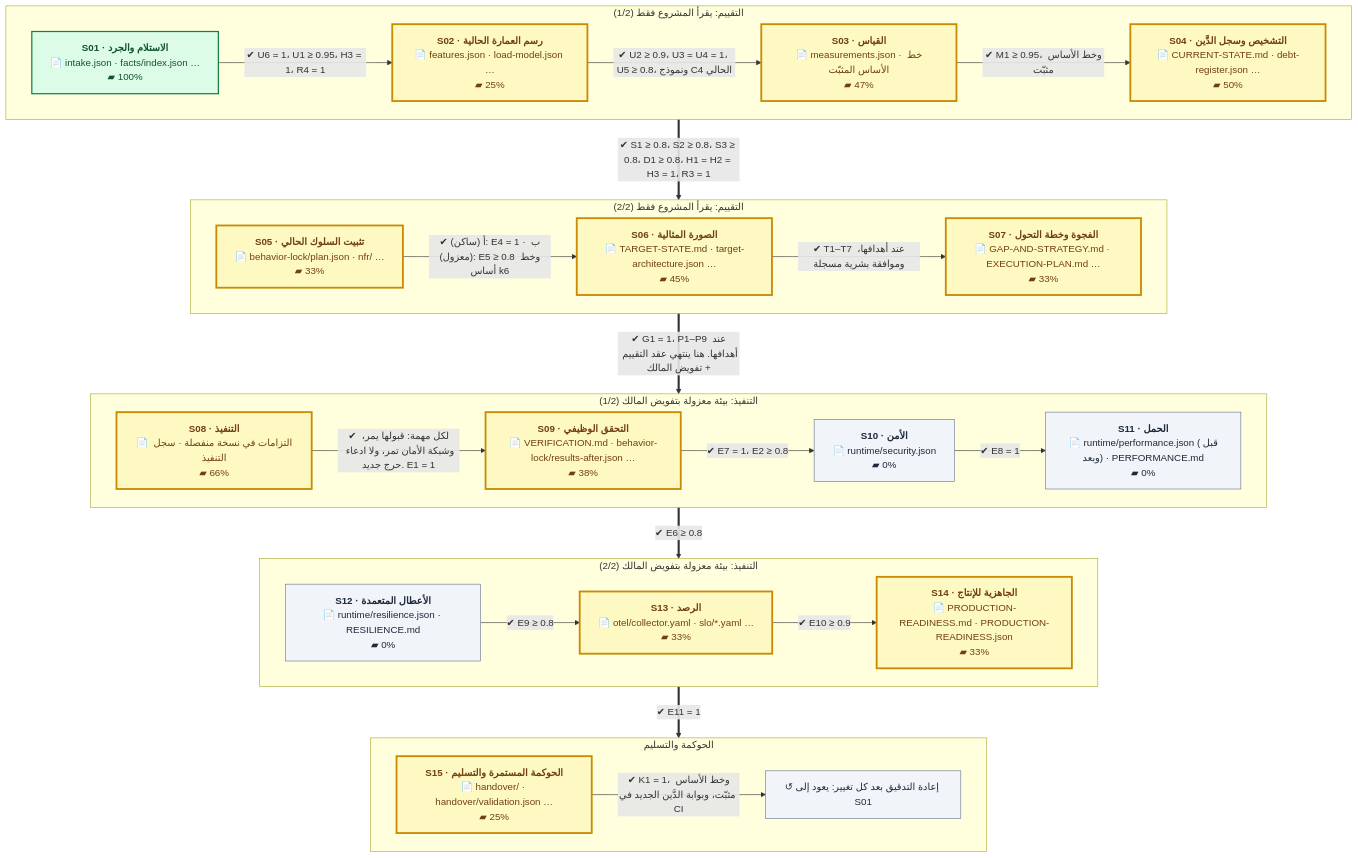
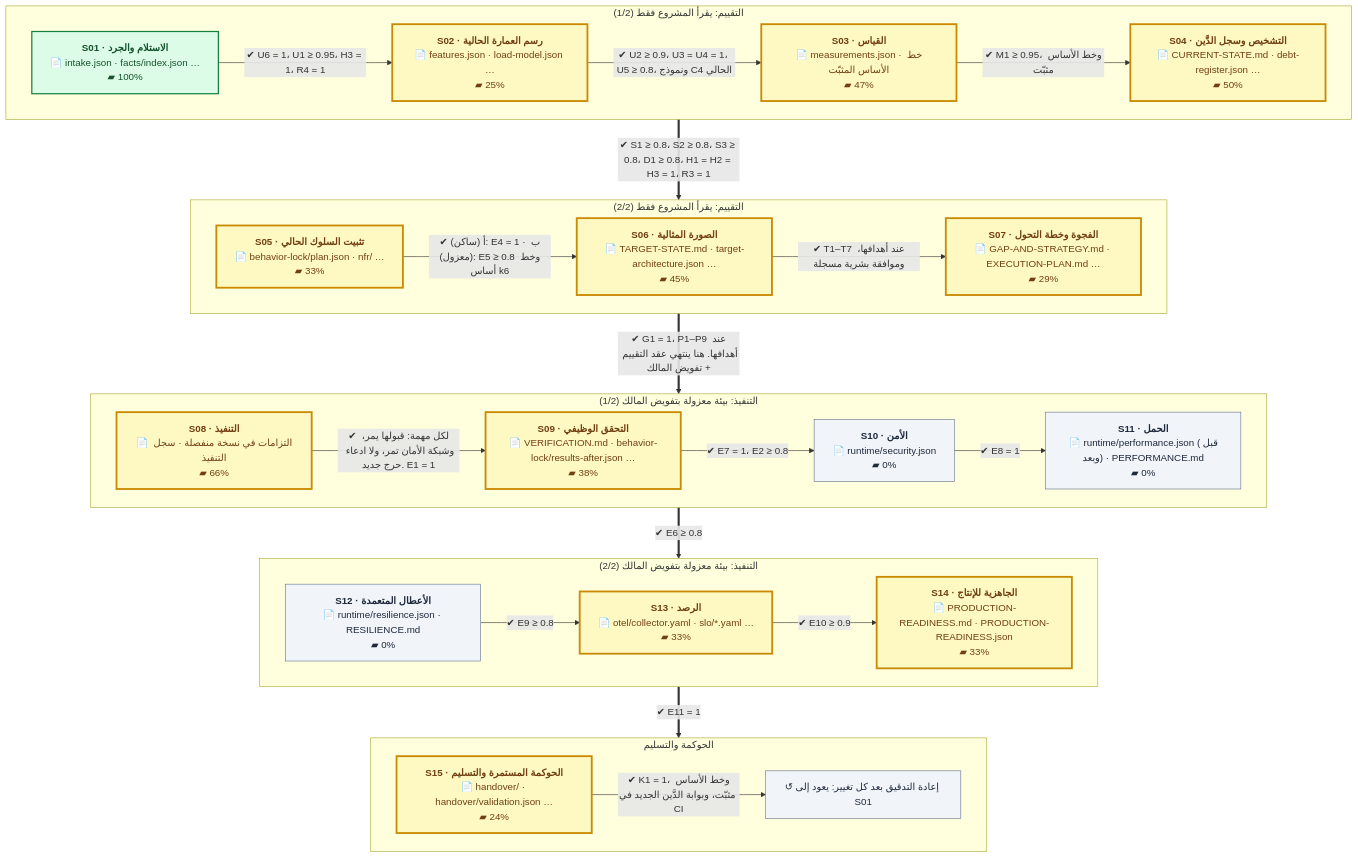
One commit to eom1417/engineering-audit-os changed the first of 2 diagrams in README.md. Above: the diagram before and after it, drawn with Mermaid. The commit also changed other lines of this file and 17 other files, not shown here.

````diff
--- a/README.md
+++ b/README.md
@@ -52,54 +52,54 @@
 ```mermaid
 %%{init: {'flowchart': {'wrappingWidth': 260, 'nodeSpacing': 40, 'rankSpacing': 60}}}%%
 flowchart TB
     subgraph P1["التقييم: يقرأ المشروع فقط (1/2)"]
         direction LR
         S01["<b>S01 · الاستلام والجرد</b><br/>📄 intake.json · facts/index.json …<br/>▰ 100%"]:::done
         S02["<b>S02 · رسم العمارة الحالية</b><br/>📄 features.json · load-model.json …<br/>▰ 25%"]:::current
         S03["<b>S03 · القياس</b><br/>📄 measurements.json · خط الأساس المثبّت<br/>▰ 47%"]:::current
         S04["<b>S04 · التشخيص وسجل الدَّين</b><br/>📄 CURRENT-STATE.md · debt-register.json …<br/>▰ 50%"]:::current
         S01 -->|"✔ U6 = 1، U1 ≥ 0.95، H3 = 1، R4 = 1"| S02
         S02 -->|"✔ U2 ≥ 0.9، U3 = U4 = 1، U5 ≥ 0.8، ونموذج C4 الحالي"| S03
         S03 -->|"✔ M1 ≥ 0.95، وخط الأساس مثبّت"| S04
     end
     subgraph P2["التقييم: يقرأ المشروع فقط (2/2)"]
         direction LR
         S05["<b>S05 · تثبيت السلوك الحالي</b><br/>📄 behavior-lock/plan.json · nfr/ …<br/>▰ 33%"]:::current
         S06["<b>S06 · الصورة المثالية</b><br/>📄 TARGET-STATE.md · target-architecture.json …<br/>▰ 45%"]:::current
-        S07["<b>S07 · الفجوة وخطة التحول</b><br/>📄 GAP-AND-STRATEGY.md · EXECUTION-PLAN.md …<br/>▰ 33%"]:::current
+        S07["<b>S07 · الفجوة وخطة التحول</b><br/>📄 GAP-AND-STRATEGY.md · EXECUTION-PLAN.md …<br/>▰ 29%"]:::current
         S05 -->|"✔ أ (ساكن): E4 = 1 · ب (معزول): E5 ≥ 0.8 وخط أساس k6"| S06
         S06 -->|"✔ T1–T7 عند أهدافها، وموافقة بشرية مسجلة"| S07
     end
     subgraph P3["التنفيذ: بيئة معزولة بتفويض المالك (1/2)"]
         direction LR
         S08["<b>S08 · التنفيذ</b><br/>📄 التزامات في نسخة منفصلة · سجل التنفيذ<br/>▰ 66%"]:::current
         S09["<b>S09 · التحقق الوظيفي</b><br/>📄 VERIFICATION.md · behavior-lock/results-after.json …<br/>▰ 38%"]:::current
         S10["<b>S10 · الأمن</b><br/>📄 runtime/security.json<br/>▰ 0%"]:::next
         S11["<b>S11 · الحمل</b><br/>📄 runtime/performance.json (قبل وبعد) · PERFORMANCE.md<br/>▰ 0%"]:::next
         S08 -->|"✔ لكل مهمة: قبولها يمر، وشبكة الأمان تمر، ولا ادعاء حرج جديد. E1 = 1"| S09
         S09 -->|"✔ E7 = 1، E2 ≥ 0.8"| S10
         S10 -->|"✔ E8 = 1"| S11
     end
     subgraph P4["التنفيذ: بيئة معزولة بتفويض المالك (2/2)"]
         direction LR
         S12["<b>S12 · الأعطال المتعمدة</b><br/>📄 runtime/resilience.json · RESILIENCE.md<br/>▰ 0%"]:::next
         S13["<b>S13 · الرصد</b><br/>📄 otel/collector.yaml · slo/*.yaml …<br/>▰ 33%"]:::current
         S14["<b>S14 · الجاهزية للإنتاج</b><br/>📄 PRODUCTION-READINESS.md · PRODUCTION-READINESS.json<br/>▰ 33%"]:::current
         S12 -->|"✔ E9 ≥ 0.8"| S13
         S13 -->|"✔ E10 ≥ 0.9"| S14
     end
     subgraph P5["الحوكمة والتسليم"]
         direction LR
-        S15["<b>S15 · الحوكمة المستمرة والتسليم</b><br/>📄 handover/ · handover/validation.json …<br/>▰ 25%"]:::current
+        S15["<b>S15 · الحوكمة المستمرة والتسليم</b><br/>📄 handover/ · handover/validation.json …<br/>▰ 24%"]:::current
         LOOP["↺ إعادة التدقيق بعد كل تغيير: يعود إلى S01"]:::next
         S15 -->|"✔ K1 = 1، وخط الأساس مثبّت، وبوابة الدَّين الجديد في CI"| LOOP
     end
     P1 ==>|"✔ S1 ≥ 0.8، S2 ≥ 0.8، S3 ≥ 0.8، D1 ≥ 0.8، H1 = H2 = H3 = 1، R3 = 1"| P2
     P2 ==>|"✔ G1 = 1، P1–P9 عند أهدافها. هنا ينتهي عقد التقييم + تفويض المالك"| P3
     P3 ==>|"✔ E6 ≥ 0.8"| P4
     P4 ==>|"✔ E11 = 1"| P5
     classDef done fill:#dcfce7,stroke:#15803d,color:#14532d,stroke-width:2px
     classDef current fill:#fef9c3,stroke:#ca8a04,color:#713f12,stroke-width:3px
     classDef next fill:#f1f5f9,stroke:#64748b,color:#1e293b
     classDef owner fill:#fee2e2,stroke:#b91c1c,color:#7f1d1d,stroke-dasharray:5 3
 ```
````
